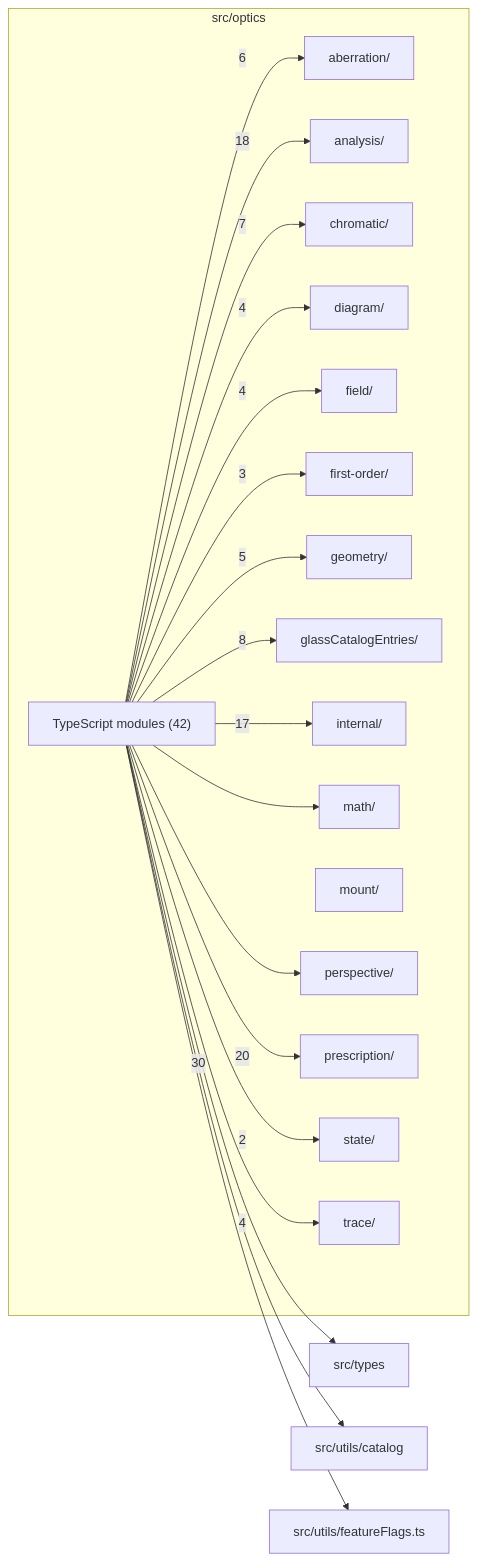
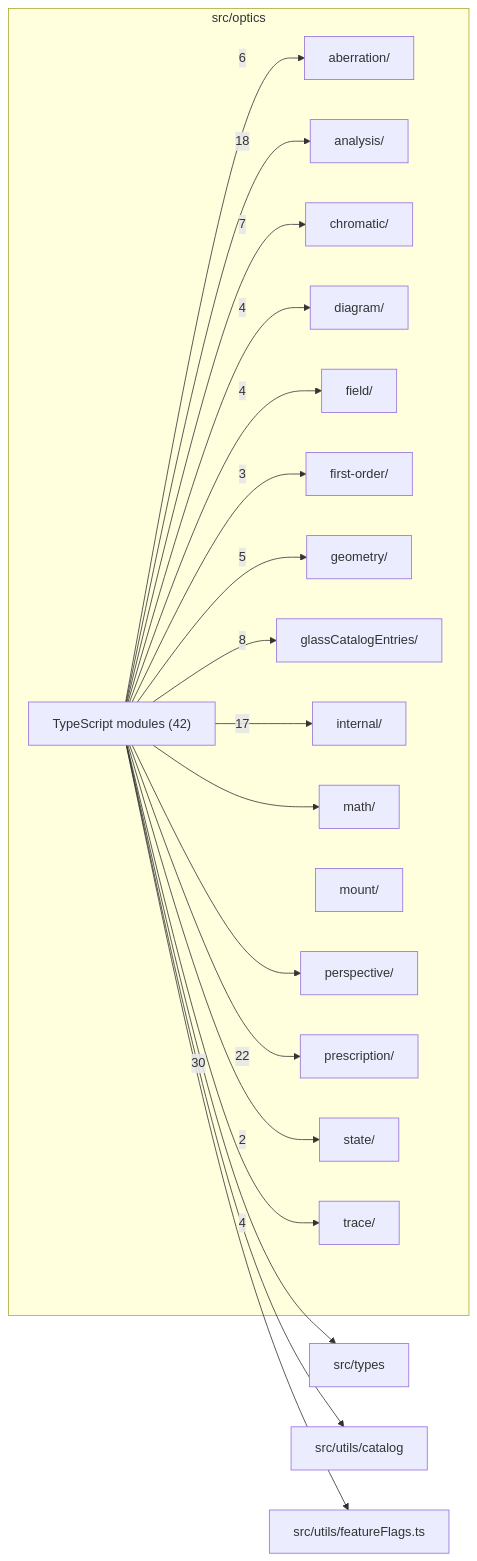
Before and after one commit to ronbuening/LensVisualizer: the diagram in src/optics/readme.md, drawn with Mermaid. The commit also changed other lines of this file and 33 other files, not shown here.

````diff
--- a/src/optics/readme.md
+++ b/src/optics/readme.md
@@ -9,41 +9,41 @@
 ```mermaid
 flowchart LR
   subgraph n_src_optics["src/optics"]
     n_src_optics_src_optics_aberration["aberration/"]
     n_src_optics_src_optics_analysis["analysis/"]
     n_src_optics_src_optics_chromatic["chromatic/"]
     n_src_optics_src_optics_diagram["diagram/"]
     n_src_optics_src_optics_field["field/"]
     n_src_optics_src_optics_first_order["first-order/"]
     n_src_optics_src_optics_geometry["geometry/"]
     n_src_optics_src_optics_glassCatalogEntries["glassCatalogEntries/"]
     n_src_optics_src_optics_internal["internal/"]
     n_src_optics_src_optics_math["math/"]
     n_src_optics_src_optics_mount["mount/"]
     n_src_optics_src_optics_perspective["perspective/"]
     n_src_optics_src_optics_prescription["prescription/"]
     n_src_optics_src_optics_state["state/"]
     n_src_optics_src_optics_trace["trace/"]
     n_src_optics_TypeScript_modules["TypeScript modules (42)"]
   end
   n_external_src_types["src/types"]
   n_external_src_utils_catalog["src/utils/catalog"]
   n_external_src_utils_featureFlags_ts["src/utils/featureFlags.ts"]
   n_src_optics_TypeScript_modules --> |30| n_external_src_types
-  n_src_optics_TypeScript_modules --> |20| n_src_optics_src_optics_prescription
+  n_src_optics_TypeScript_modules --> |22| n_src_optics_src_optics_prescription
   n_src_optics_TypeScript_modules --> |18| n_src_optics_src_optics_analysis
   n_src_optics_TypeScript_modules --> |17| n_src_optics_src_optics_internal
   n_src_optics_TypeScript_modules --> |8| n_src_optics_src_optics_glassCatalogEntries
   n_src_optics_TypeScript_modules --> |7| n_src_optics_src_optics_chromatic
   n_src_optics_TypeScript_modules --> |6| n_src_optics_src_optics_aberration
   n_src_optics_TypeScript_modules --> |5| n_src_optics_src_optics_geometry
   n_src_optics_TypeScript_modules --> |4| n_src_optics_src_optics_diagram
   n_src_optics_TypeScript_modules --> |4| n_src_optics_src_optics_field
   n_src_optics_TypeScript_modules --> |4| n_src_optics_src_optics_trace
   n_src_optics_TypeScript_modules --> |3| n_src_optics_src_optics_first_order
   n_src_optics_TypeScript_modules --> |2| n_src_optics_src_optics_state
   n_src_optics_TypeScript_modules --> n_external_src_utils_catalog
   n_src_optics_TypeScript_modules --> n_external_src_utils_featureFlags_ts
   n_src_optics_TypeScript_modules --> n_src_optics_src_optics_math
   n_src_optics_TypeScript_modules --> n_src_optics_src_optics_perspective
 ```
````
